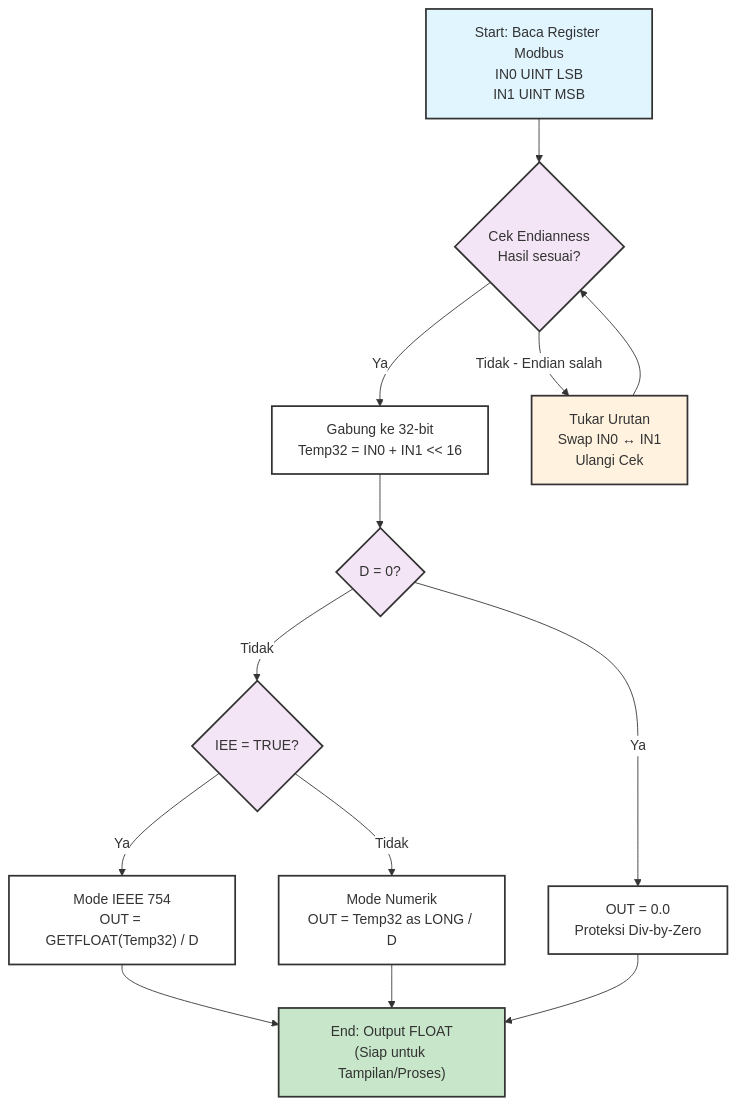
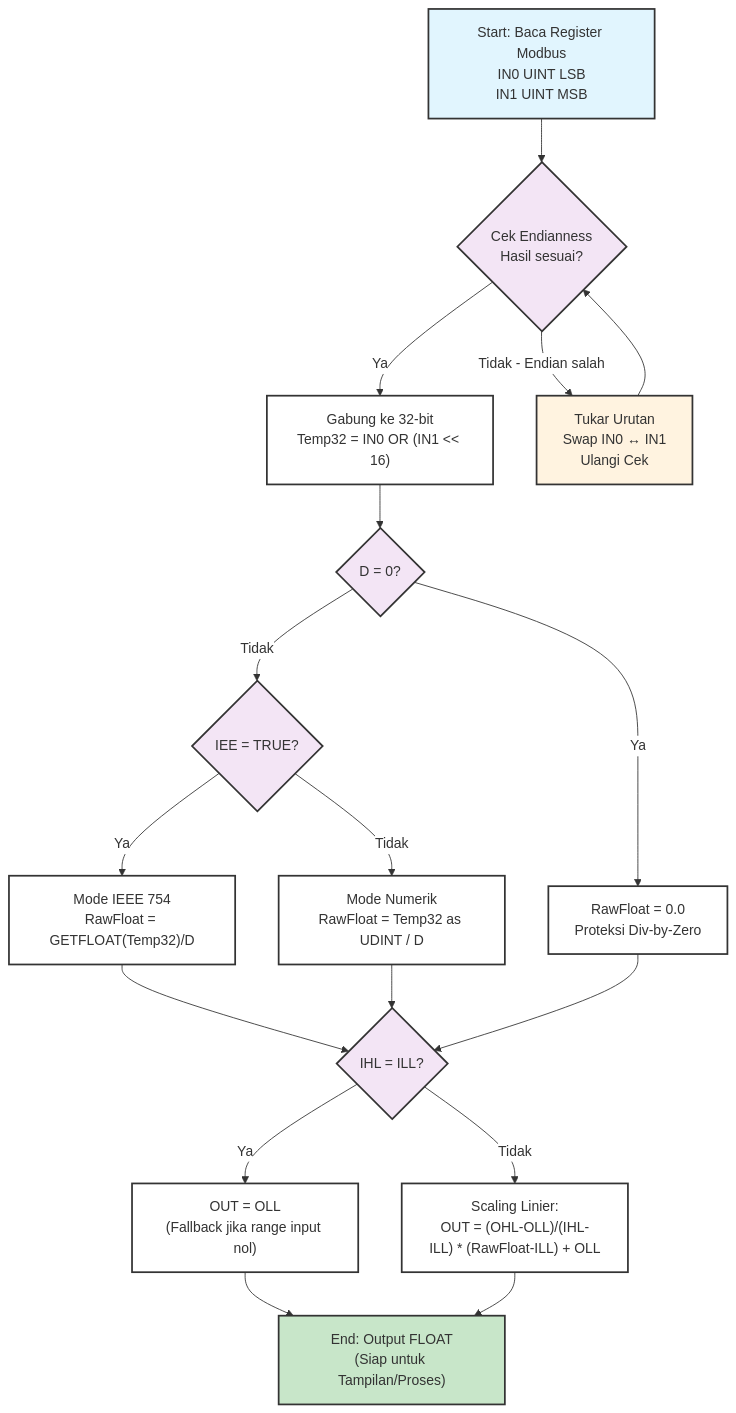
The first of 2 diagrams in docs/_posts/2025-10-18-k_word2_to_float-k_word4_to_float-function-block-untuk-konversi-data-modbus-16-32-64-bit-ke-float.md (kumajaya/automation-blog), drawn with Mermaid before and after one commit. The commit also changed other lines of this file and 1 other file, not shown here.

```diff
--- a/docs/_posts/2025-10-18-k_word2_to_float-k_word4_to_float-function-block-untuk-konversi-data-modbus-16-32-64-bit-ke-float.md
+++ b/docs/_posts/2025-10-18-k_word2_to_float-k_word4_to_float-function-block-untuk-konversi-data-modbus-16-32-64-bit-ke-float.md
@@ -111,26 +111,30 @@
   <div class="mermaid" style="width:70%; max-width:700px; font-size:16px;">
     %%{init: {'themeVariables': { 'fontSize': '16px', 'primaryColor': '#e8f0fe', 'edgeLabelBackground':'#ffffff'}}}%%
     flowchart TD
-            A["Start: Baca Register Modbus<br>IN0 UINT LSB<br>IN1 UINT MSB"] --&gt; B{Cek Endianness<br>Hasil sesuai?}
-            B --&gt;|Ya| C["Gabung ke 32-bit<br>Temp32 = IN0 + IN1 &lt;&lt; 16"]
-            B --&gt;|Tidak - Endian salah| D["Tukar Urutan<br>Swap IN0 ↔ IN1<br>Ulangi Cek"]
-            D --&gt; B
-            C --&gt; E{"D = 0?"}
-            E --&gt;|Ya| F["OUT = 0.0<br>Proteksi Div-by-Zero"]
-            E --&gt;|Tidak| G{IEE = TRUE?}
-            G --&gt;|Ya| H["Mode IEEE 754<br>OUT = GETFLOAT(Temp32) / D"]
-            G --&gt;|Tidak| I["Mode Numerik<br>OUT = Temp32 as LONG / D"]
-            H --&gt; J["End: Output FLOAT<br>(Siap untuk Tampilan/Proses)"]
-            I --&gt; J
-            F --&gt; J
-            classDef start fill:#e1f5fe,stroke:#333,stroke-width:2px
-            classDef final fill:#c8e6c9,stroke:#333,stroke-width:2px
-            classDef swap fill:#fff3e0,stroke:#333,stroke-width:2px
-            classDef decision fill:#f3e5f5,stroke:#333,stroke-width:2px
-            classDef process fill:#ffffff,stroke:#333,stroke-width:2px
-            class A start
-            class J final
-            class D swap
-            class B,E,G decision
-            class C,F,H,I process
+        A["Start: Baca Register Modbus<br>IN0 UINT LSB<br>IN1 UINT MSB"] --&gt; B{Cek Endianness<br>Hasil sesuai?}
+        B --&gt;|Ya| C["Gabung ke 32-bit<br>Temp32 = IN0 OR (IN1 &lt;&lt; 16)"]
+        B --&gt;|Tidak - Endian salah| D["Tukar Urutan<br>Swap IN0 ↔ IN1<br>Ulangi Cek"]
+        D --&gt; B
+        C --&gt; E{"D = 0?"}
+        E --&gt;|Ya| F["RawFloat = 0.0<br>Proteksi Div-by-Zero"]
+        E --&gt;|Tidak| G{IEE = TRUE?}
+        G --&gt;|Ya| H["Mode IEEE 754<br>RawFloat = GETFLOAT(Temp32)/D"]
+        G --&gt;|Tidak| I["Mode Numerik<br>RawFloat = Temp32 as UDINT / D"]
+        H --&gt; K{"IHL = ILL?"}
+        I --&gt; K
+        F --&gt; K
+        K --&gt;|Ya| L["OUT = OLL<br>(Fallback jika range input nol)"]
+        K --&gt;|Tidak| M["Scaling Linier:<br>OUT = (OHL-OLL)/(IHL-ILL) * (RawFloat-ILL) + OLL"]
+        L --&gt; N["End: Output FLOAT<br>(Siap untuk Tampilan/Proses)"]
+        M --&gt; N
+        classDef start fill:#e1f5fe,stroke:#333,stroke-width:2px
+        classDef final fill:#c8e6c9,stroke:#333,stroke-width:2px
+        classDef swap fill:#fff3e0,stroke:#333,stroke-width:2px
+        classDef decision fill:#f3e5f5,stroke:#333,stroke-width:2px
+        classDef process fill:#ffffff,stroke:#333,stroke-width:2px
+        class A start
+        class N final
+        class D swap
+        class B,E,G,K decision
+        class C,F,H,I,L,M process
   </div>
```
